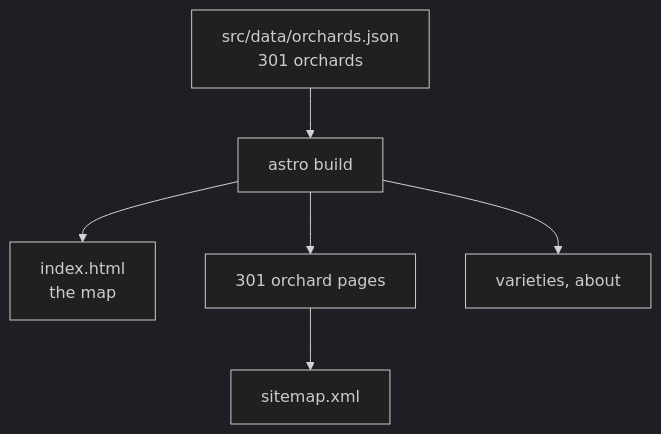
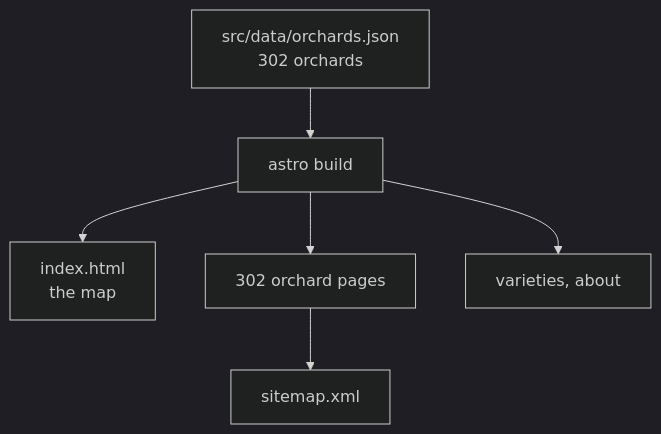
Before and after one commit to minormending/orchard-map: the first of 5 diagrams in docs/frontend.md, drawn with Mermaid (dark theme). The commit also changed other lines of this file and 3 other files, not shown here.

````diff
--- a/docs/frontend.md
+++ b/docs/frontend.md
@@ -15,8 +15,8 @@
 ```mermaid
 flowchart TD
-    JSON["src/data/orchards.json<br/>301 orchards"] --> ASTRO["astro build"]
+    JSON["src/data/orchards.json<br/>302 orchards"] --> ASTRO["astro build"]
     ASTRO --> INDEX["index.html<br/>the map"]
-    ASTRO --> PAGES["301 orchard pages"]
+    ASTRO --> PAGES["302 orchard pages"]
     ASTRO --> CAL["varieties, about"]
     PAGES --> SITEMAP["sitemap.xml"]
 ```
````
